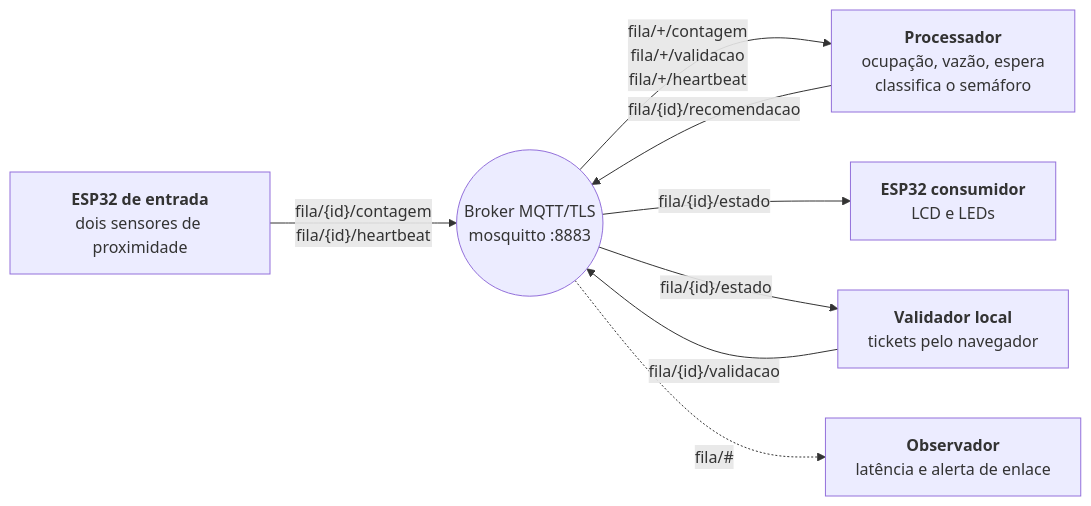
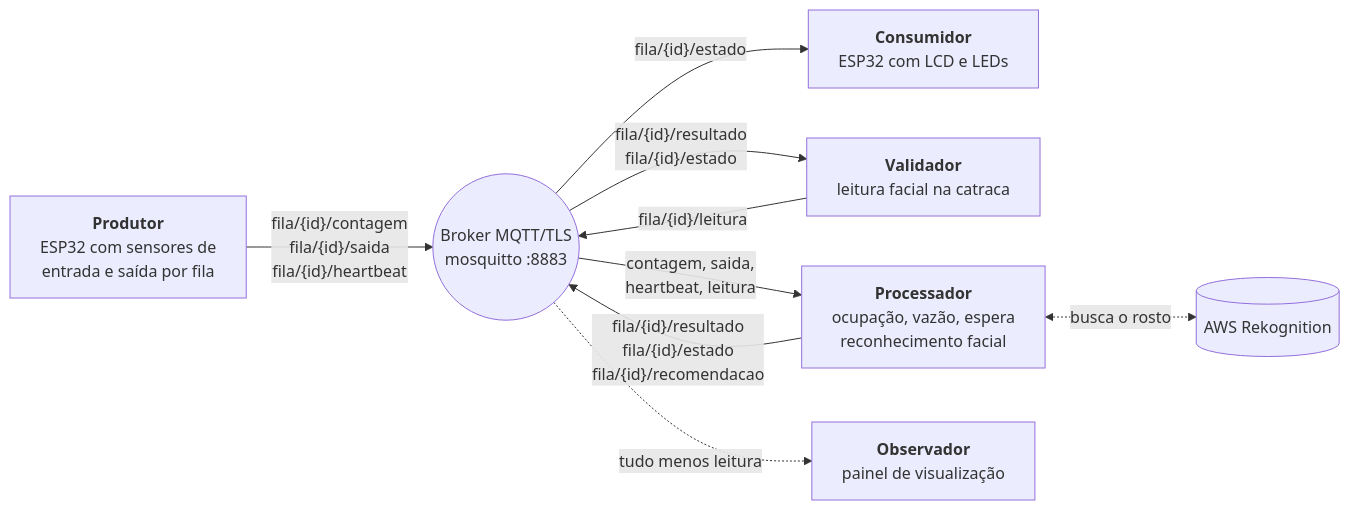
Before and after one commit to UFG-INF-SSU-2026/Leite-de-Pedra: the diagram in README.md, drawn with Mermaid. The commit also changed other lines of this file and 12 other files, not shown here.

First line of the commit message:
feat: sensor de saída e reconhecimento facial na catraca

````diff
--- a/README.md
+++ b/README.md
@@ -28,17 +30,19 @@
 ```mermaid
 flowchart LR
-    P["<b>ESP32 de entrada</b><br/>dois sensores de proximidade"]
-    S["<b>ESP32 consumidor</b><br/>LCD e LEDs"]
-    V["<b>Validador local</b><br/>tickets pelo navegador"]
+    P["<b>Produtor</b><br/>ESP32 com sensores de<br/>entrada e saída por fila"]
+    S["<b>Consumidor</b><br/>ESP32 com LCD e LEDs"]
+    V["<b>Validador</b><br/>leitura facial na catraca"]
     B(("Broker MQTT/TLS<br/>mosquitto :8883"))
-    C["<b>Processador</b><br/>ocupação, vazão, espera<br/>classifica o semáforo"]
-    O["<b>Observador</b><br/>latência e alerta de enlace"]
+    C["<b>Processador</b><br/>ocupação, vazão, espera<br/>reconhecimento facial"]
+    R[("AWS Rekognition")]
+    O["<b>Observador</b><br/>painel de visualização"]
 
-    P -- "fila/{id}/contagem<br/>fila/{id}/heartbeat" --> B
-    V -- "fila/{id}/validacao" --> B
-    B -- "fila/+/contagem<br/>fila/+/validacao<br/>fila/+/heartbeat" --> C
-    C -- "fila/{id}/recomendacao" --> B
+    P -- "fila/{id}/contagem<br/>fila/{id}/saida<br/>fila/{id}/heartbeat" --> B
+    V -- "fila/{id}/leitura" --> B
+    B -- "contagem, saida,<br/>heartbeat, leitura" --> C
+    C <-. "busca o rosto" .-> R
+    C -- "fila/{id}/resultado<br/>fila/{id}/estado<br/>fila/{id}/recomendacao" --> B
     B -- "fila/{id}/estado" --> S
-    B -- "fila/{id}/estado" --> V
-    B -. "fila/#" .-> O
+    B -- "fila/{id}/resultado<br/>fila/{id}/estado" --> V
+    B -. "tudo menos leitura" .-> O
 ```
````
